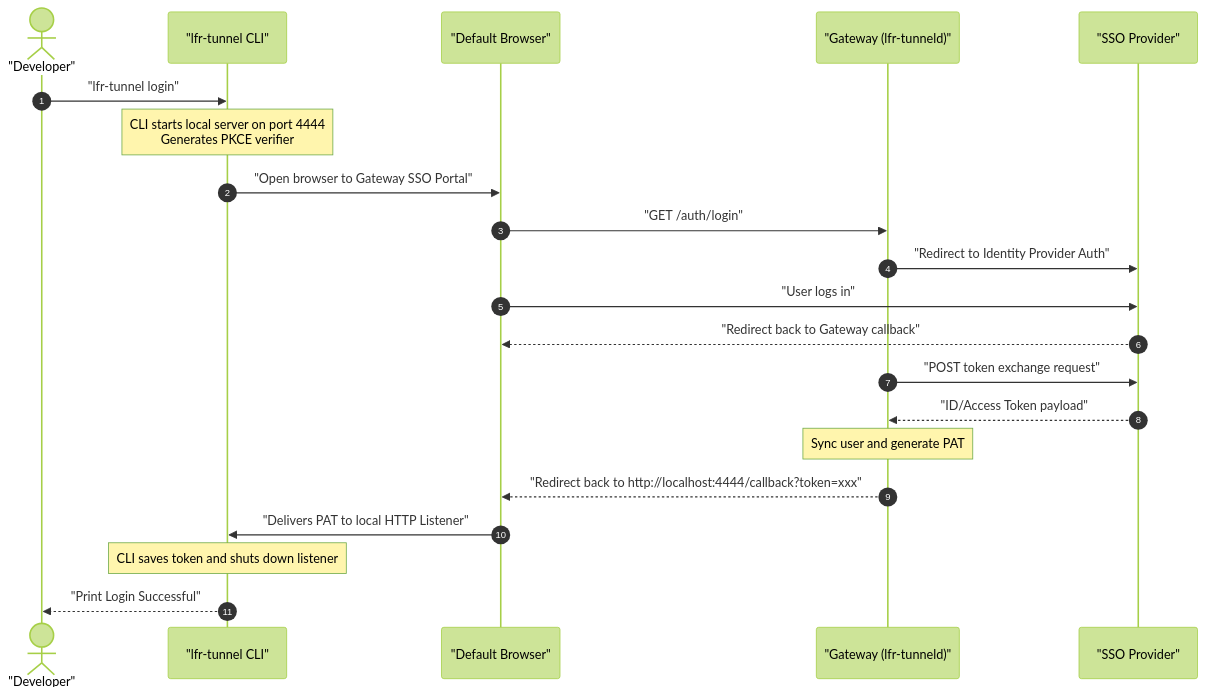
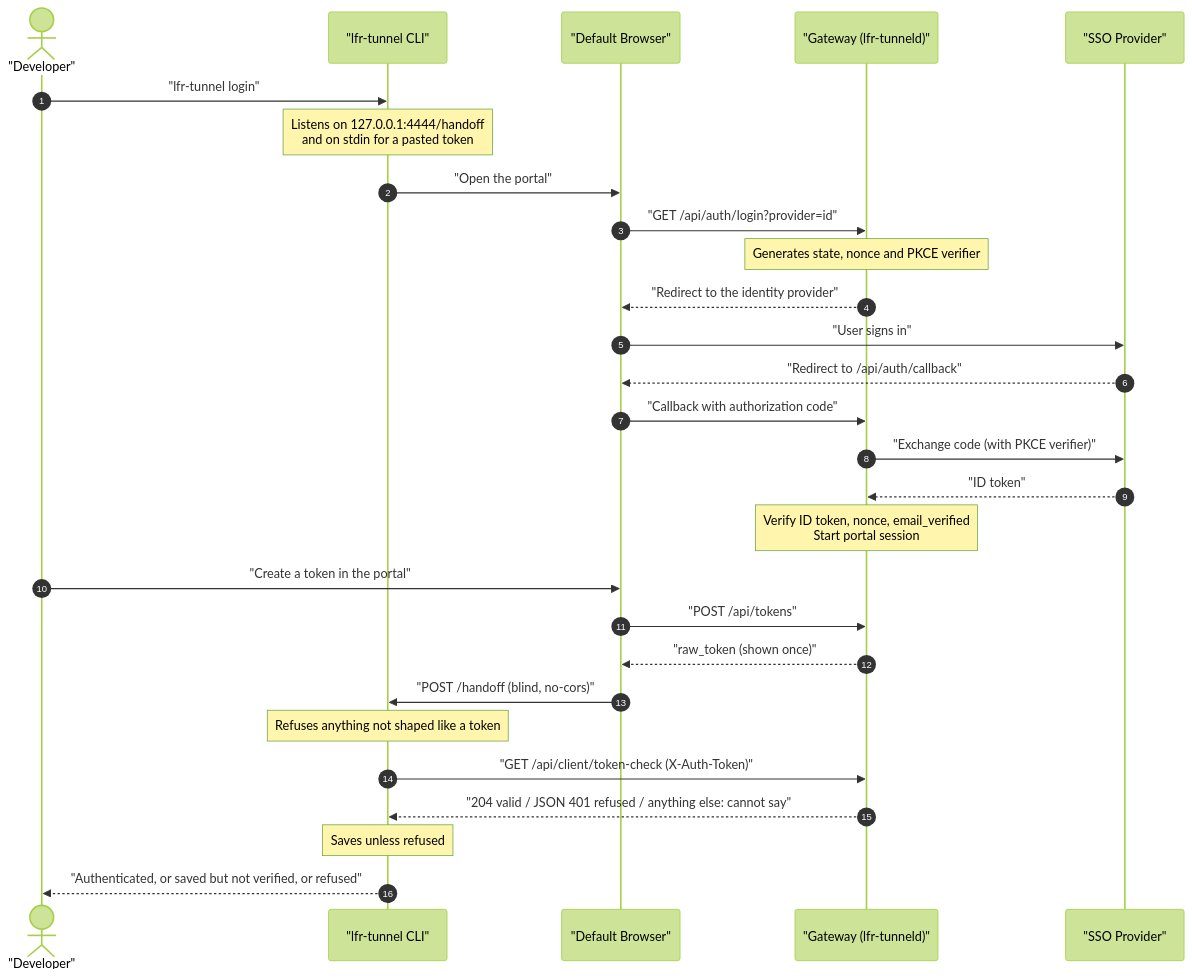
The sixth of 7 diagrams in docs/architecture.md (peterrichards-lr/lfr-tunnel), drawn with Mermaid (forest theme) before and after one commit. The commit also changed other lines of this file and 7 other files, not shown here.

First line of the commit message:
feat(login): check the token with the gateway before reporting success (#2458) (#2467)

````diff
--- a/docs/architecture.md
+++ b/docs/architecture.md
@@ -356,24 +356,31 @@
 ```mermaid
 sequenceDiagram
     autonumber
     actor Dev as "Developer"
     participant CLI as "lfr-tunnel CLI"
     participant Browser as "Default Browser"
     participant GW as "Gateway (lfr-tunneld)"
     participant SSO as "SSO Provider"
 
     Dev->>CLI: "lfr-tunnel login"
-    Note over CLI: CLI starts local server on port 4444<br/>Generates PKCE verifier
-    CLI->>Browser: "Open browser to Gateway SSO Portal"
-    Browser->>GW: "GET /auth/login"
-    GW->>SSO: "Redirect to Identity Provider Auth"
-    Browser->>SSO: "User logs in"
-    SSO-->>Browser: "Redirect back to Gateway callback"
-    GW->>SSO: "POST token exchange request"
-    SSO-->>GW: "ID/Access Token payload"
-    Note over GW: Sync user and generate PAT
-    GW-->>Browser: "Redirect back to http://localhost:4444/callback?token=xxx"
-    Browser->>CLI: "Delivers PAT to local HTTP Listener"
-    Note over CLI: CLI saves token and shuts down listener
-    CLI-->>Dev: "Print Login Successful"
+    Note over CLI: Listens on 127.0.0.1:4444/handoff<br/>and on stdin for a pasted token
+    CLI->>Browser: "Open the portal"
+    Browser->>GW: "GET /api/auth/login?provider=id"
+    Note over GW: Generates state, nonce and PKCE verifier
+    GW-->>Browser: "Redirect to the identity provider"
+    Browser->>SSO: "User signs in"
+    SSO-->>Browser: "Redirect to /api/auth/callback"
+    Browser->>GW: "Callback with authorization code"
+    GW->>SSO: "Exchange code (with PKCE verifier)"
+    SSO-->>GW: "ID token"
+    Note over GW: Verify ID token, nonce, email_verified<br/>Start portal session
+    Dev->>Browser: "Create a token in the portal"
+    Browser->>GW: "POST /api/tokens"
+    GW-->>Browser: "raw_token (shown once)"
+    Browser->>CLI: "POST /handoff (blind, no-cors)"
+    Note over CLI: Refuses anything not shaped like a token
+    CLI->>GW: "GET /api/client/token-check (X-Auth-Token)"
+    GW-->>CLI: "204 valid / JSON 401 refused / anything else: cannot say"
+    Note over CLI: Saves unless refused
+    CLI-->>Dev: "Authenticated, or saved but not verified, or refused"
 ```
````
